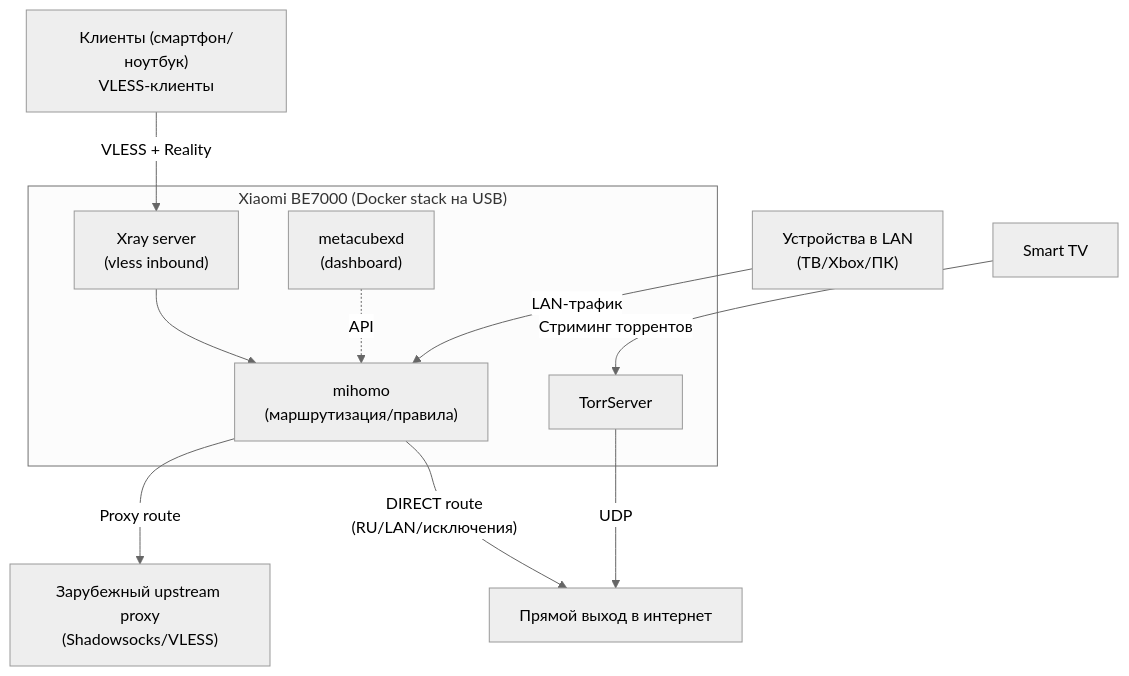
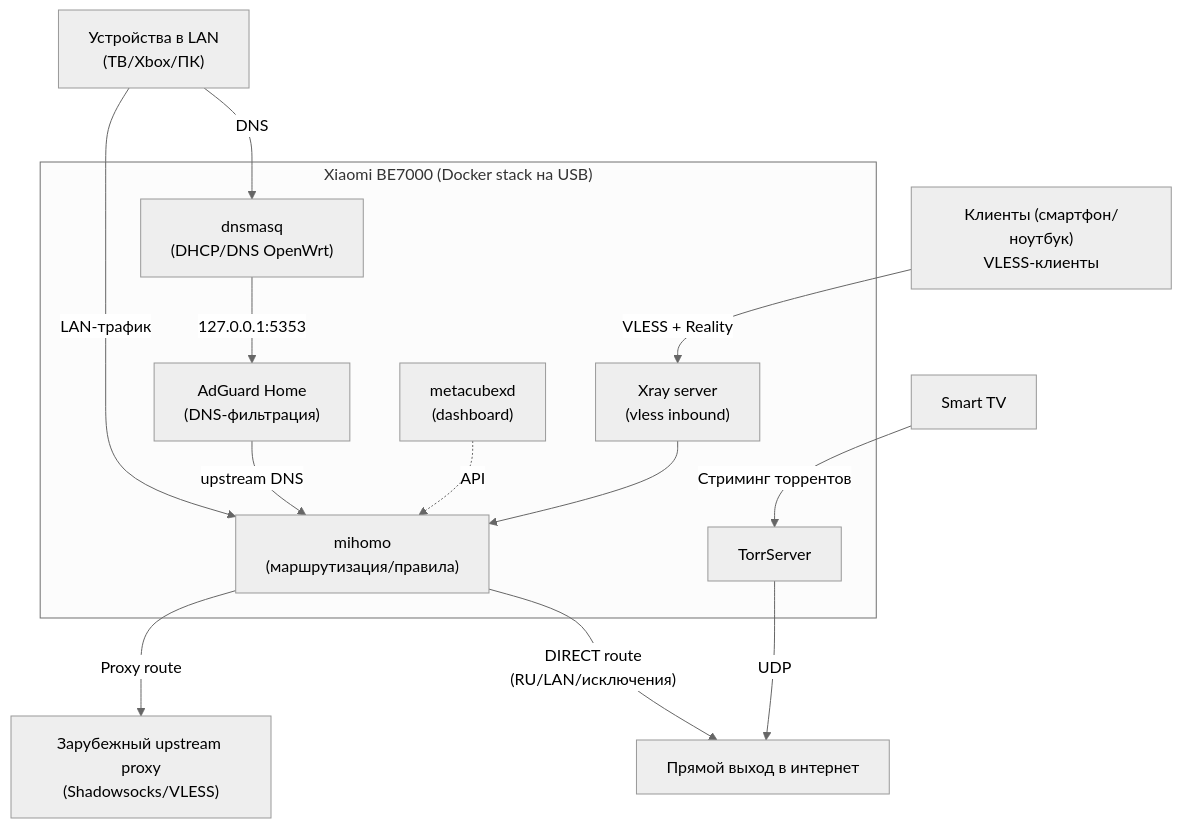
The diagram in README.md (tonatos/xiaomi-be7000-setup), drawn with Mermaid (neutral theme) before and after one commit. The commit also changed other lines of this file and 8 other files, not shown here.

````diff
--- a/README.md
+++ b/README.md
@@ -18,19 +19,24 @@
 ```mermaid
 flowchart TD
   UserClient["Клиенты (смартфон/ноутбук)\nVLESS-клиенты"] -->|"VLESS + Reality"| Xray
   LanDevices["Устройства в LAN\n(ТВ/Xbox/ПК)"] -->|"LAN-трафик"| Mihomo
+  LanDevices -->|"DNS"| Dnsmasq
+  Dnsmasq -->|"127.0.0.1:5353"| AdGuard
   SmartTV["Smart TV"] -->|"Стриминг торрентов"| Torr
   Torr -->|"UDP"| Direct["Прямой выход в интернет"]
 
   subgraph Router["Xiaomi BE7000 (Docker stack на USB)"]
     Xray["Xray server\n(vless inbound)"]
     Mihomo["mihomo\n(маршрутизация/правила)"]
+    AdGuard["AdGuard Home\n(DNS-фильтрация)"]
     Dashboard["metacubexd\n(dashboard)"]
+    Dnsmasq["dnsmasq\n(DHCP/DNS OpenWrt)"]
     Torr["TorrServer"]
     Xray --> Mihomo
+    AdGuard -->|"upstream DNS"| Mihomo
     Dashboard -. API .-> Mihomo
   end
 
   Mihomo -->|"Proxy route"| Upstream["Зарубежный upstream proxy\n(Shadowsocks/VLESS)"]
   Mihomo -->|"DIRECT route\n(RU/LAN/исключения)"| Direct["Прямой выход в интернет"]
 ```
````
